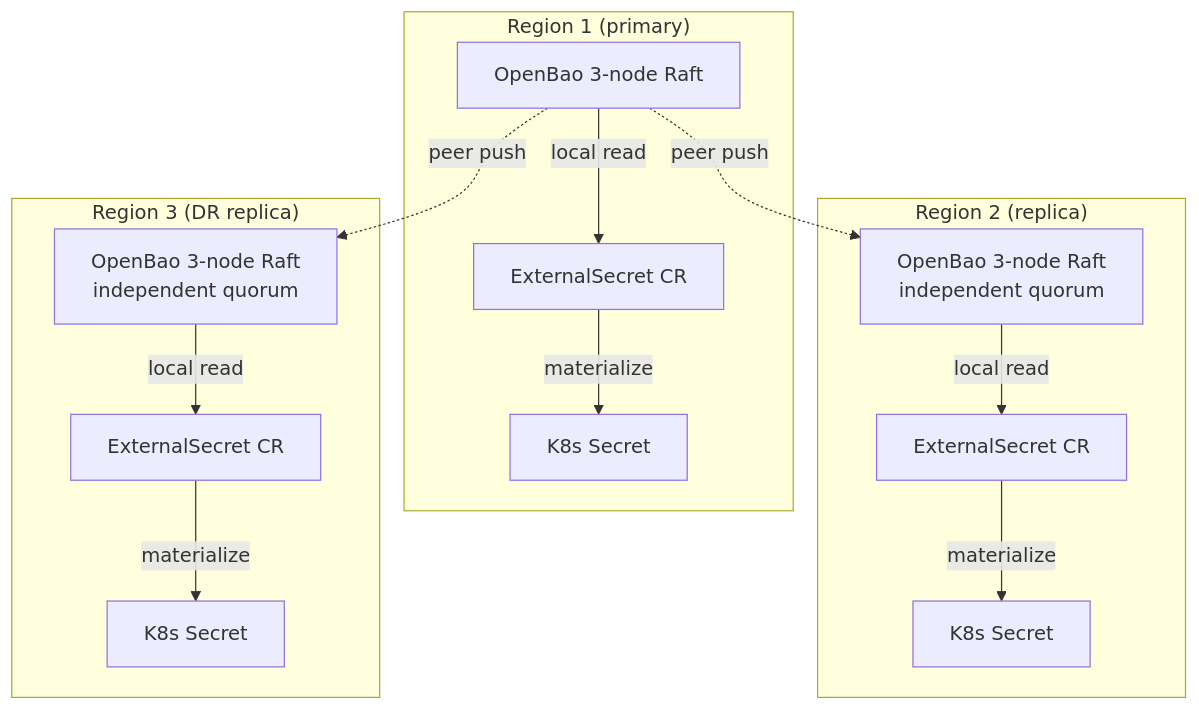
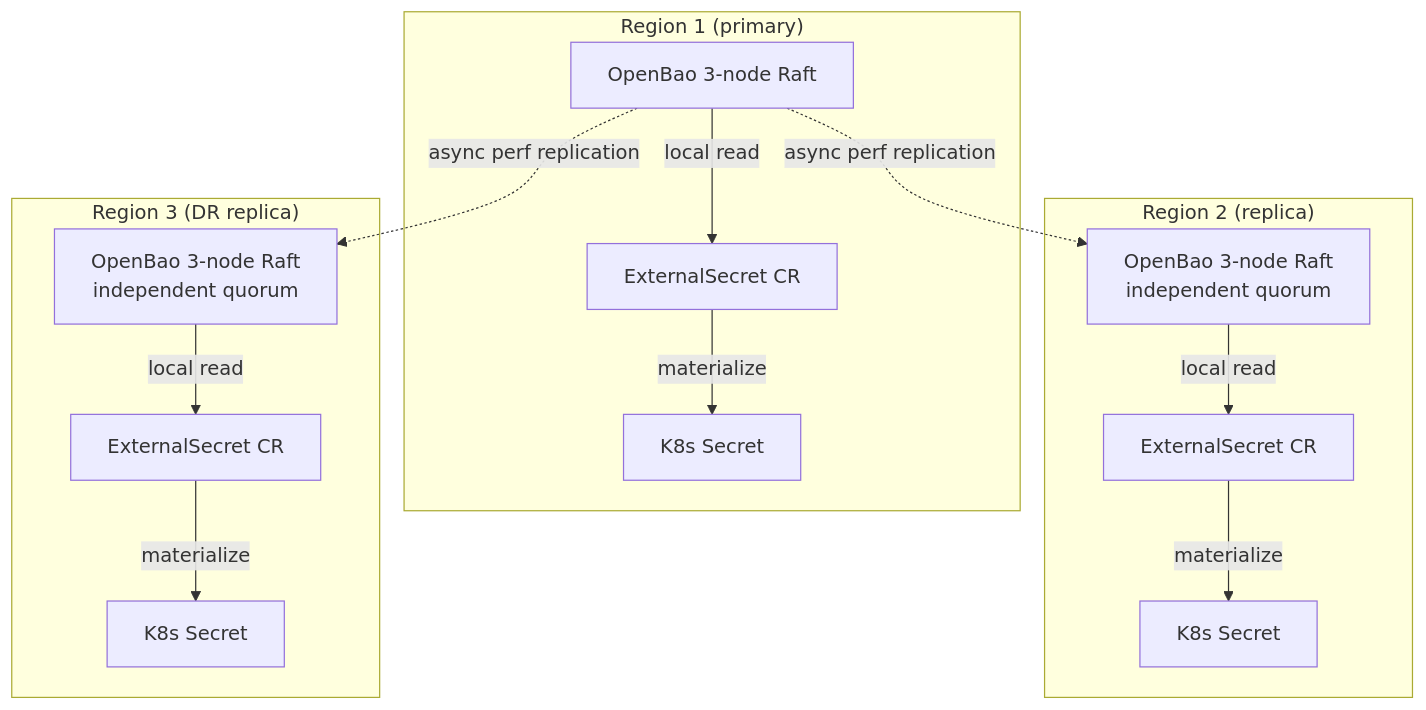
One commit to openova-io/openova changed the diagram in platform/openbao/README.md. Above: the diagram before and after it, drawn with Mermaid. The commit also changed other lines of this file and 1792 other files, not shown here.

````diff
--- a/platform/openbao/README.md
+++ b/platform/openbao/README.md
@@ -28,29 +28,29 @@
 ```mermaid
 flowchart TB
     subgraph Region1["Region 1 (primary)"]
         V1[OpenBao 3-node Raft]
         ES1[ExternalSecret CR]
         KS1[K8s Secret]
     end
 
     subgraph Region2["Region 2 (replica)"]
         V2[OpenBao 3-node Raft<br>independent quorum]
         ES2[ExternalSecret CR]
         KS2[K8s Secret]
     end
 
     subgraph Region3["Region 3 (DR replica)"]
         V3[OpenBao 3-node Raft<br>independent quorum]
         ES3[ExternalSecret CR]
         KS3[K8s Secret]
     end
 
-    V1 -.->|"peer push"| V2
-    V1 -.->|"peer push"| V3
+    V1 -.->|"async perf replication"| V2
+    V1 -.->|"async perf replication"| V3
     V1 -->|"local read"| ES1
     V2 -->|"local read"| ES2
     V3 -->|"local read"| ES3
     ES1 -->|"materialize"| KS1
     ES2 -->|"materialize"| KS2
     ES3 -->|"materialize"| KS3
 ```
````
